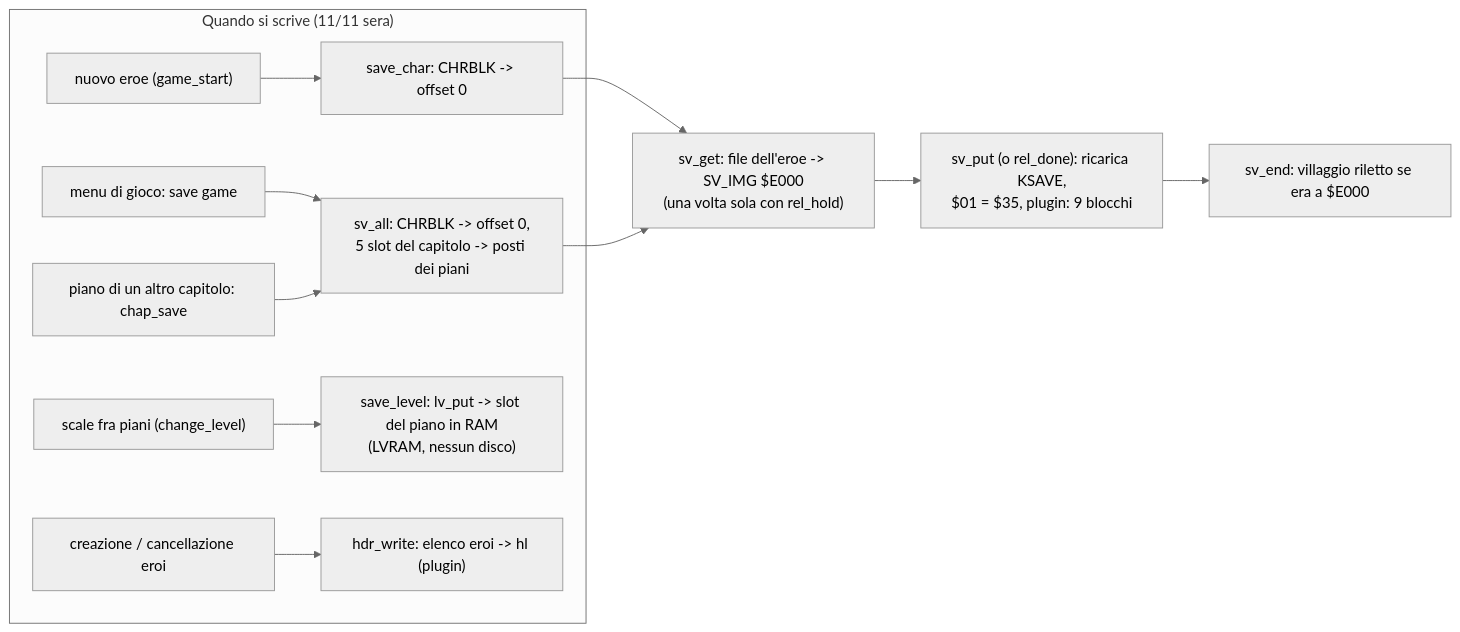
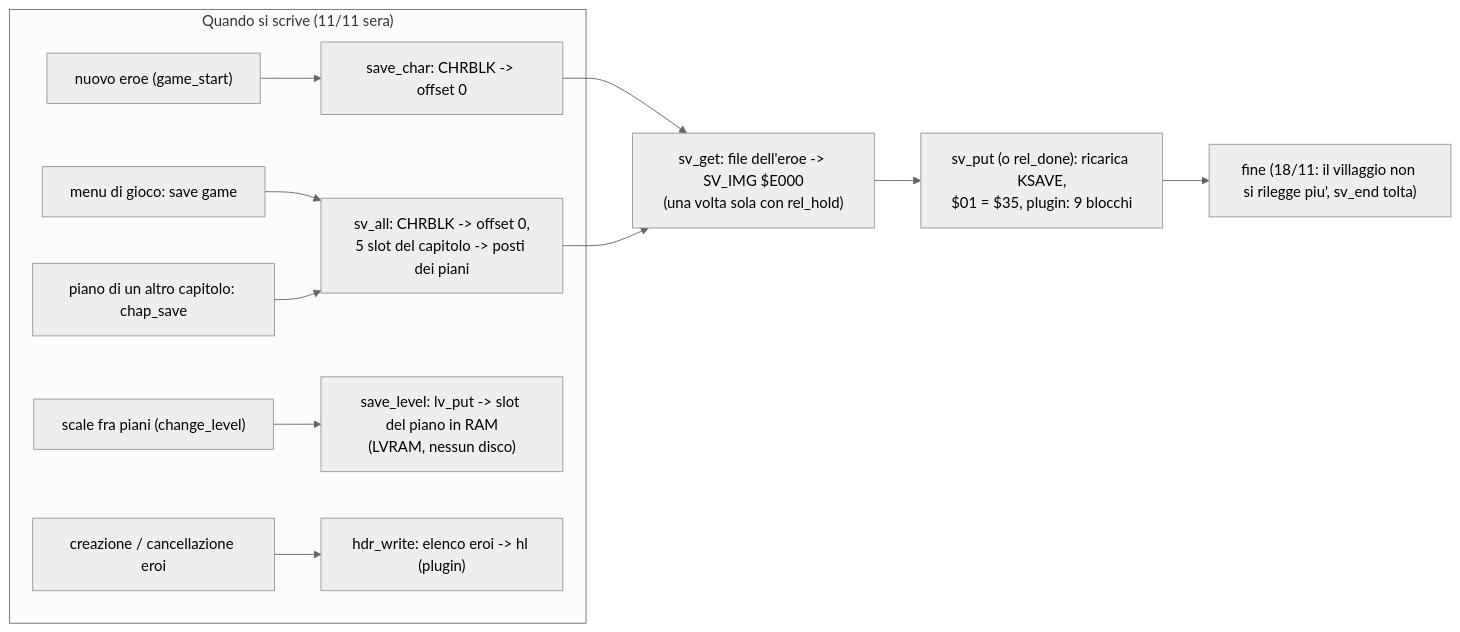
Before and after one commit to caporalesimone/barbarian-the-blood-path: the tenth of 18 diagrams in docs/wiki/flussi.md, drawn with Mermaid (neutral theme). The commit also changed other lines of this file and 12 other files, not shown here.

````diff
--- a/docs/wiki/flussi.md
+++ b/docs/wiki/flussi.md
@@ -275,17 +275,17 @@
 ```mermaid
 flowchart LR
     SC["save_char: CHRBLK -> offset 0"]
     SA["sv_all: CHRBLK -> offset 0,<br/>5 slot del capitolo -> posti dei piani"]
     SL["save_level: lv_put -> slot del piano in RAM<br/>(LVRAM, nessun disco)"]
     HW["hdr_write: elenco eroi -> hl (plugin)"]
     subgraph QUANDO["Quando si scrive (11/11 sera)"]
         A1["nuovo eroe (game_start)"] --> SC
         A2["menu di gioco: save game"] --> SA
         A3["piano di un altro capitolo: chap_save"] --> SA
         A5["scale fra piani (change_level)"] --> SL
         A6["creazione / cancellazione eroi"] --> HW
     end
     SC --> GT
     SA --> GT
-    GT["sv_get: file dell'eroe -> SV_IMG $E000<br/>(una volta sola con rel_hold)"] --> PT["sv_put (o rel_done): ricarica KSAVE,<br/>$01 = $35, plugin: 9 blocchi"] --> SE["sv_end: villaggio riletto se era a $E000"]
+    GT["sv_get: file dell'eroe -> SV_IMG $E000<br/>(una volta sola con rel_hold)"] --> PT["sv_put (o rel_done): ricarica KSAVE,<br/>$01 = $35, plugin: 9 blocchi"]  --> SE["fine (18/11: il villaggio non si rilegge piu', sv_end tolta)"]
 ```
````
